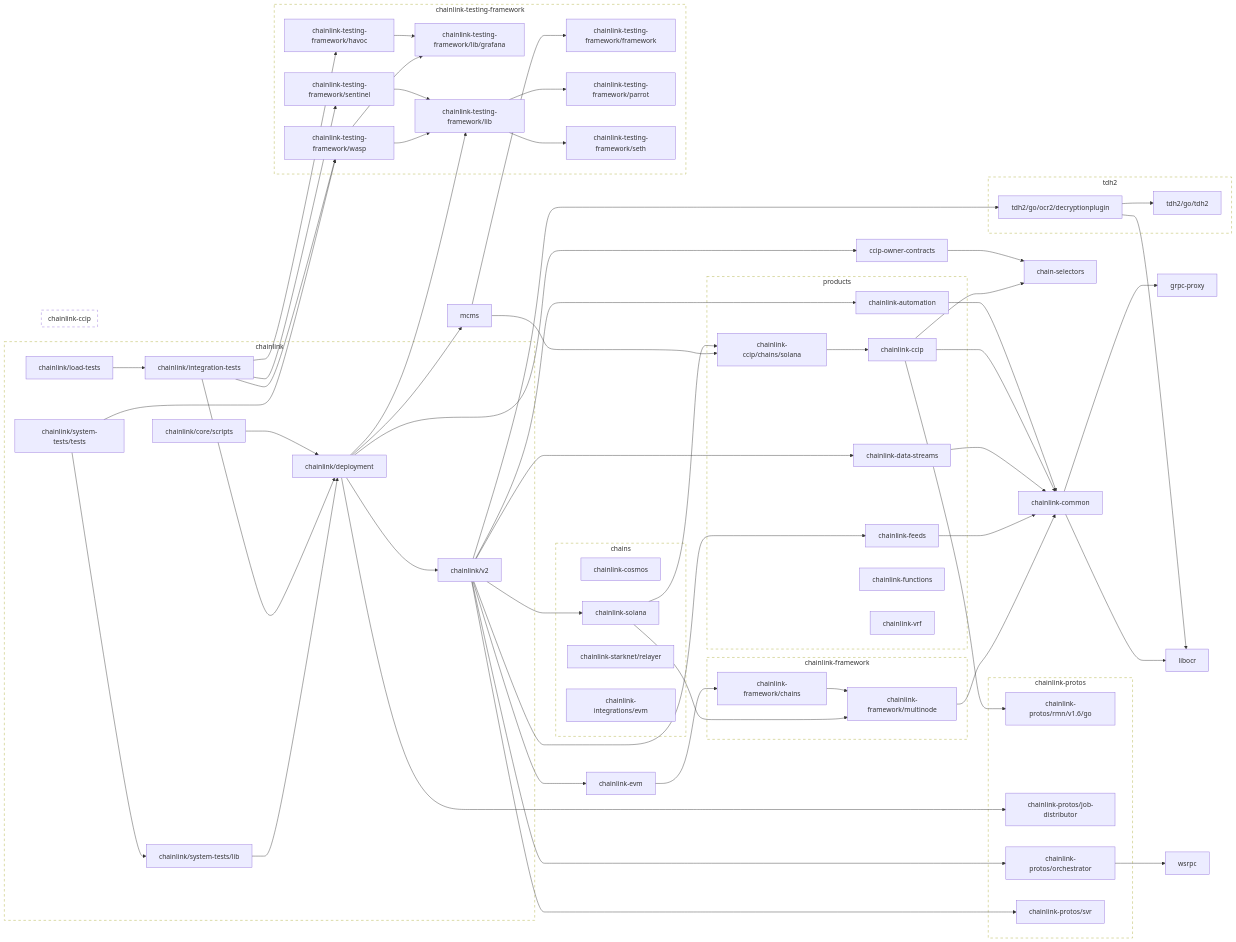
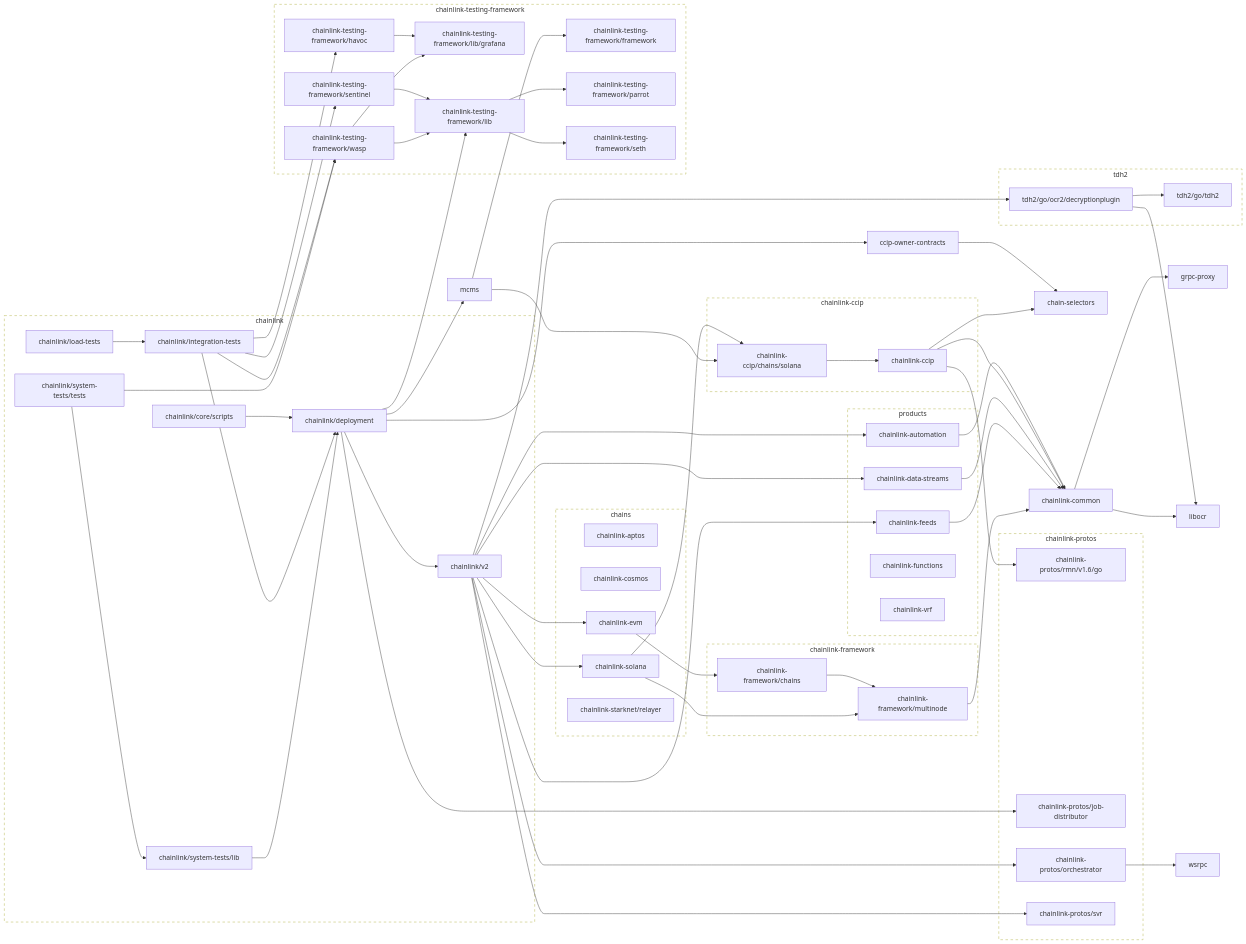
Before and after one commit to JohnDaWalka/chainlink: the second of 2 diagrams in go.md, drawn with Mermaid. The commit also changed other lines of this file and 15 other files, not shown here.

Commit message:
go.mod: unify // indirect blocks; bump chainlink-evm; update modgraph (#17093)

````diff
--- a/go.md
+++ b/go.md
@@ -107,16 +106,15 @@
 ```mermaid
 flowchart LR
   subgraph chains
+    chainlink-aptos
     chainlink-cosmos
+    chainlink-evm
     chainlink-solana
     chainlink-starknet/relayer
-    chainlink-integrations/evm
   end
 
   subgraph products
     chainlink-automation
-    chainlink-ccip
-    chainlink-ccip/chains/solana
     chainlink-data-streams
     chainlink-feeds
     chainlink-functions
````
